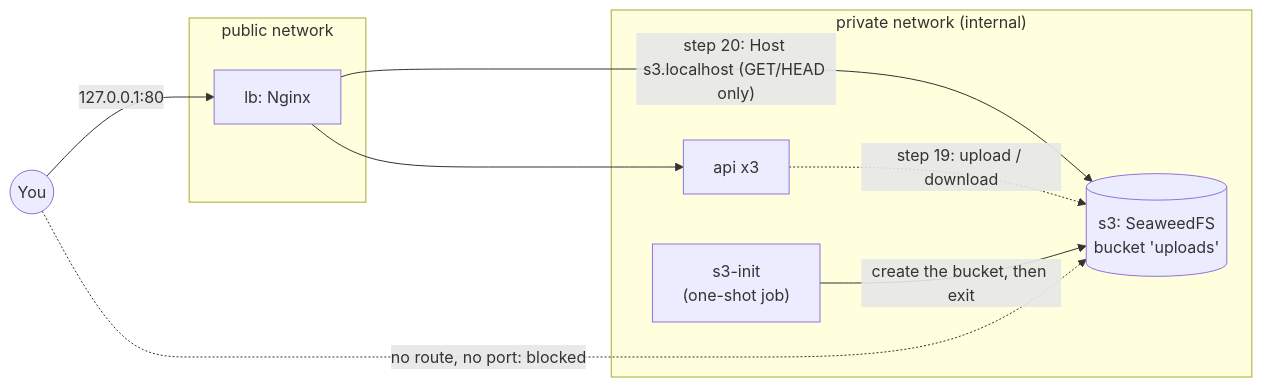
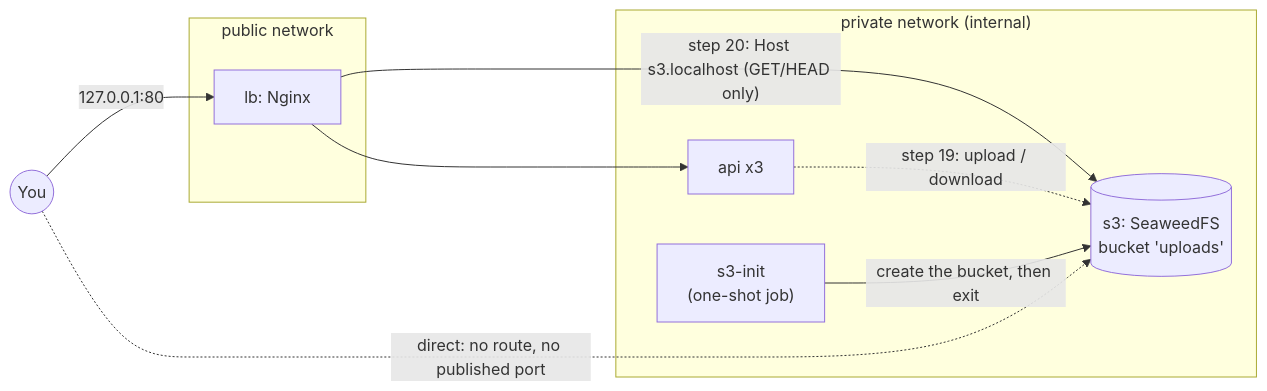
The first of 2 diagrams in docs/labs/06-object-storage.md (moncef2k/aws-local-lab), drawn with Mermaid before and after one commit. The commit also changed other lines of this file and 2 other files, not shown here.

````diff
--- a/docs/labs/06-object-storage.md
+++ b/docs/labs/06-object-storage.md
@@ -57,17 +59,17 @@
 ```mermaid
 flowchart LR
   you((You)) -->|127.0.0.1:80| lb
   subgraph public["public network"]
     lb["lb: Nginx"]
   end
   subgraph private["private network (internal)"]
     api["api x3"]
     s3[("s3: SeaweedFS<br/>bucket 'uploads'")]
     init["s3-init<br/>(one-shot job)"]
   end
   lb --> api
   lb -->|"step 20: Host s3.localhost (GET/HEAD only)"| s3
   api -. "step 19: upload / download" .-> s3
   init -->|"create the bucket, then exit"| s3
-  you -. "no route, no port: blocked" .-> s3
+  you -. "direct: no route, no published port" .-> s3
 ```
````
